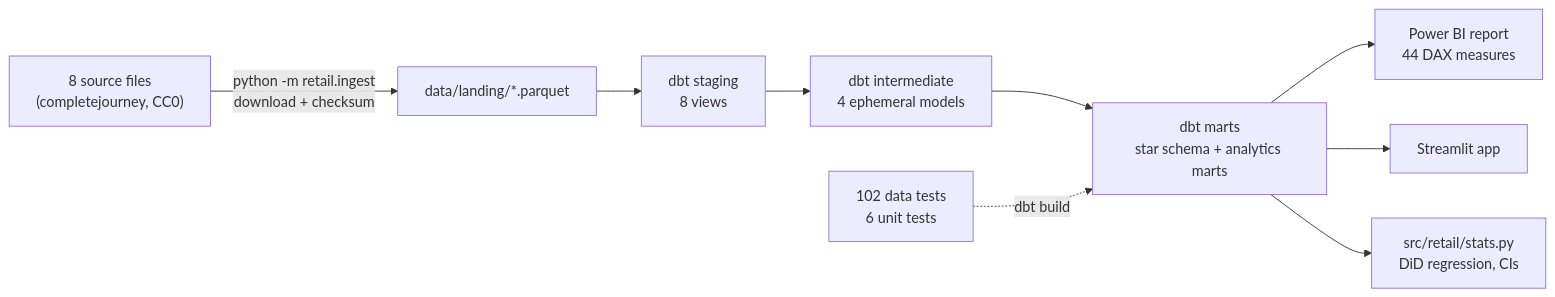
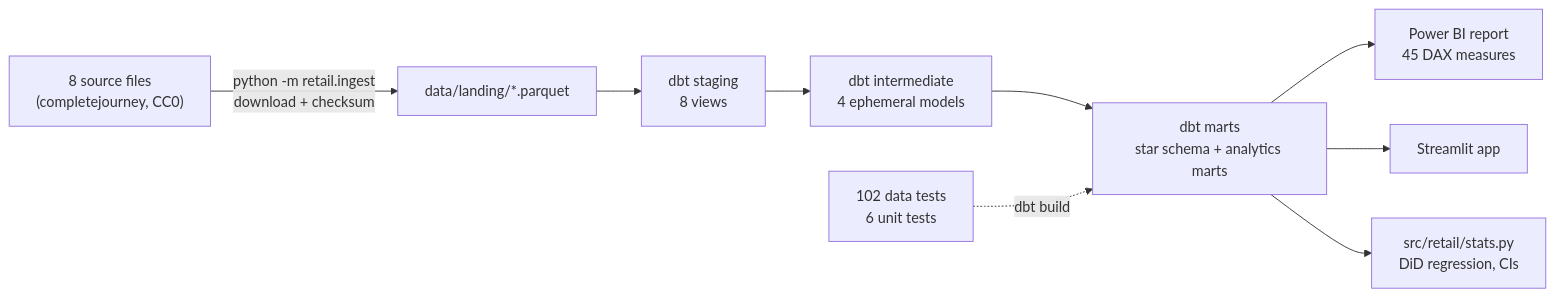
One commit to Skpkush/grocery-retail-analytics changed the diagram in README.md. Above: the diagram before and after it, drawn with Mermaid. The commit also changed other lines of this file and 6 other files, not shown here.

````diff
--- a/README.md
+++ b/README.md
@@ -32,11 +32,11 @@
 ```mermaid
 flowchart LR
     A["8 source files<br/>(completejourney, CC0)"] -->|"python -m retail.ingest<br/>download + checksum"| B["data/landing/*.parquet"]
     B --> C["dbt staging<br/>8 views"]
     C --> D["dbt intermediate<br/>4 ephemeral models"]
     D --> E["dbt marts<br/>star schema + analytics marts"]
-    E --> F["Power BI report<br/>44 DAX measures"]
+    E --> F["Power BI report<br/>45 DAX measures"]
     E --> G["Streamlit app"]
     E --> H["src/retail/stats.py<br/>DiD regression, CIs"]
     T["102 data tests<br/>6 unit tests"] -.->|"dbt build"| E
 ```
````
